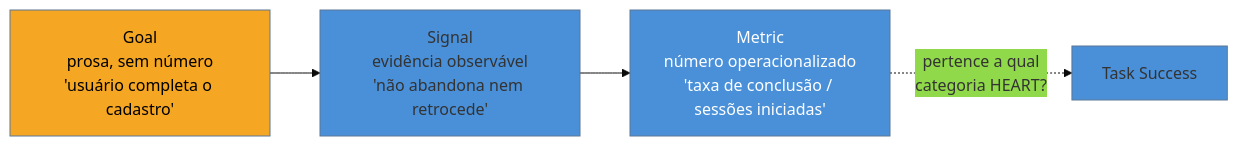
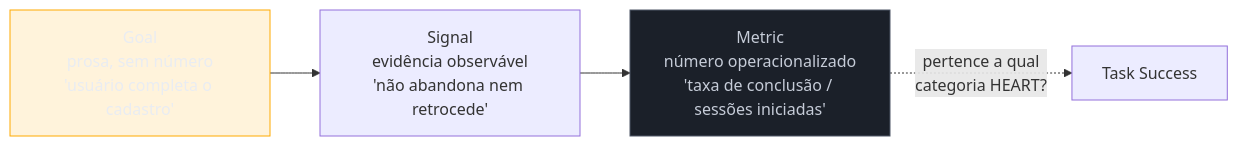
One commit to josenaldo/codex-technomanticus changed the second of 2 diagrams in 03-Dominios/Engenharia/UX/Medir, Validar e Sustentar/38 - HEART e Goals-Signals-Metrics.md. Above: the diagram before and after it, drawn with Mermaid. The commit also changed other lines of this file and 1181 other files, not shown here.

First line of the commit message:
fix(diagramas): paleta do sistema no lugar de cor cravada no markdown

````diff
--- a/03-Dominios/Engenharia/UX/Medir, Validar e Sustentar/38 - HEART e Goals-Signals-Metrics.md
+++ b/03-Dominios/Engenharia/UX/Medir, Validar e Sustentar/38 - HEART e Goals-Signals-Metrics.md
@@ -65,9 +66,10 @@
 ```mermaid
-%%{init: {"theme": "base", "themeVariables": {"primaryColor": "#4A90D9"}}}%%
 graph LR
+    classDef destaque fill:#FFAA0024,stroke:#FFAA00,color:#E9ECF2
+    classDef neutro fill:#1B2029,stroke:#4E5666,color:#C6CCD8
     G["Goal<br/>prosa, sem número<br/>'usuário completa o cadastro'"] --> S["Signal<br/>evidência observável<br/>'não abandona nem retrocede'"]
     S --> M["Metric<br/>número operacionalizado<br/>'taxa de conclusão / sessões iniciadas'"]
     M -.->|"pertence a qual<br/>categoria HEART?"| T["Task Success"]
-    style G fill:#F5A623,color:#000
-    style M fill:#4A90D9,color:#fff
+    class G destaque
+    class M neutro
 ```
````
